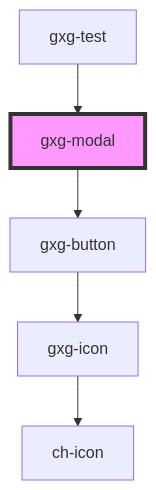
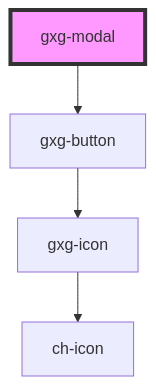
Before and after one commit to genexuslabs/gemini: the diagram in src/components/modal/readme.md, drawn with Mermaid. The commit also changed other lines of this file and 11 other files, not shown here.

````diff
--- a/src/components/modal/readme.md
+++ b/src/components/modal/readme.md
@@ -34,8 +30,7 @@
 ```mermaid
 graph TD;
   gxg-modal --> gxg-button
   gxg-button --> gxg-icon
   gxg-icon --> ch-icon
-  gxg-test --> gxg-modal
   style gxg-modal fill:#f9f,stroke:#333,stroke-width:4px
 ```
````
